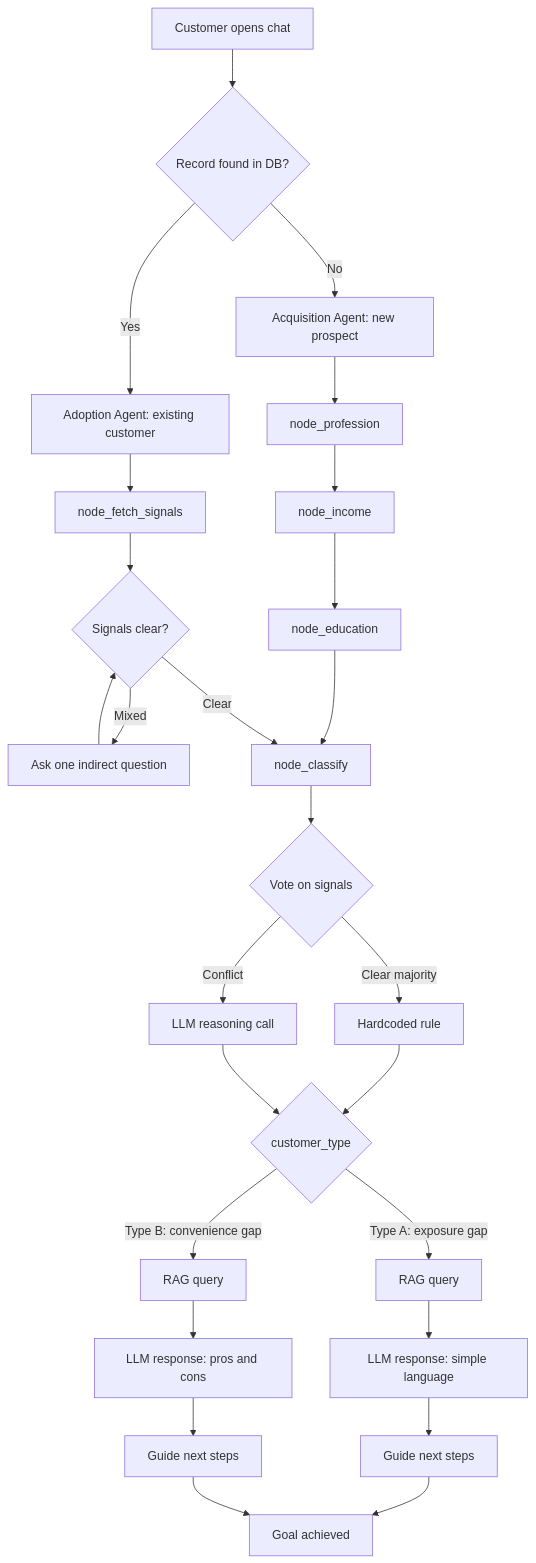
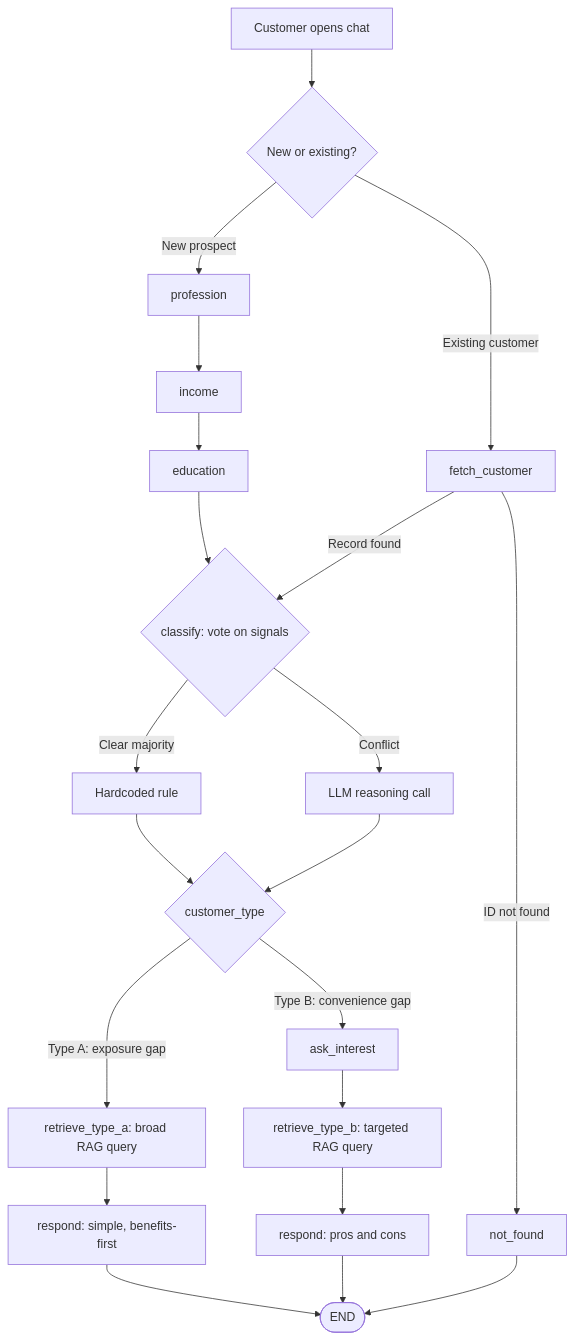
The diagram in README.md (Soumya-205/ArthaSetu), drawn with Mermaid before and after one commit. The commit also changed other lines of this file and 15 other files, not shown here.

Commit message:
Add graph visualization layer: execution-path graph and customer similarity graph

````diff
--- a/README.md
+++ b/README.md
@@ -28,37 +28,31 @@
 ```mermaid
 flowchart TD
-    A[Customer opens chat] --> B{Record found in DB?}
-    B -->|No| C[Acquisition Agent: new prospect]
-    B -->|Yes| D[Adoption Agent: existing customer]
+    A[Customer opens chat] --> B{New or existing?}
 
-    C --> C1[node_profession]
-    C1 --> C2[node_income]
-    C2 --> C3[node_education]
+    B -->|New prospect| P[profession]
+    P --> I[income]
+    I --> E[education]
+    E --> C
 
-    D --> D1[node_fetch_signals]
-    D1 --> D2{Signals clear?}
-    D2 -->|Mixed| D3[Ask one indirect question]
-    D3 --> D2
+    B -->|Existing customer| F[fetch_customer]
+    F -->|ID not found| NF[not_found]
+    F -->|Record found| C
 
-    C3 --> E[node_classify]
-    D2 -->|Clear| E
+    C{classify: vote on signals}
+    C -->|Clear majority| R[Hardcoded rule]
+    C -->|Conflict| L[LLM reasoning call]
 
-    E --> E1{Vote on signals}
-    E1 -->|Clear majority| E2[Hardcoded rule]
-    E1 -->|Conflict| E3[LLM reasoning call]
+    R --> T{customer_type}
+    L --> T
 
-    E2 --> F{customer_type}
-    E3 --> F
+    T -->|Type A: exposure gap| RA[retrieve_type_a: broad RAG query]
+    T -->|Type B: convenience gap| AI[ask_interest]
+    AI --> RB[retrieve_type_b: targeted RAG query]
 
-    F -->|Type A: exposure gap| G1[RAG query]
-    F -->|Type B: convenience gap| G2[RAG query]
+    RA --> RS[respond: simple, benefits-first]
+    RB --> RS2[respond: pros and cons]
 
-    G1 --> H1[LLM response: simple language]
-    G2 --> H2[LLM response: pros and cons]
-
-    H1 --> I1[Guide next steps]
-    H2 --> I2[Guide next steps]
-
-    I1 --> J[Goal achieved]
-    I2 --> J
+    RS --> END([END])
+    RS2 --> END
+    NF --> END
 ```
````
